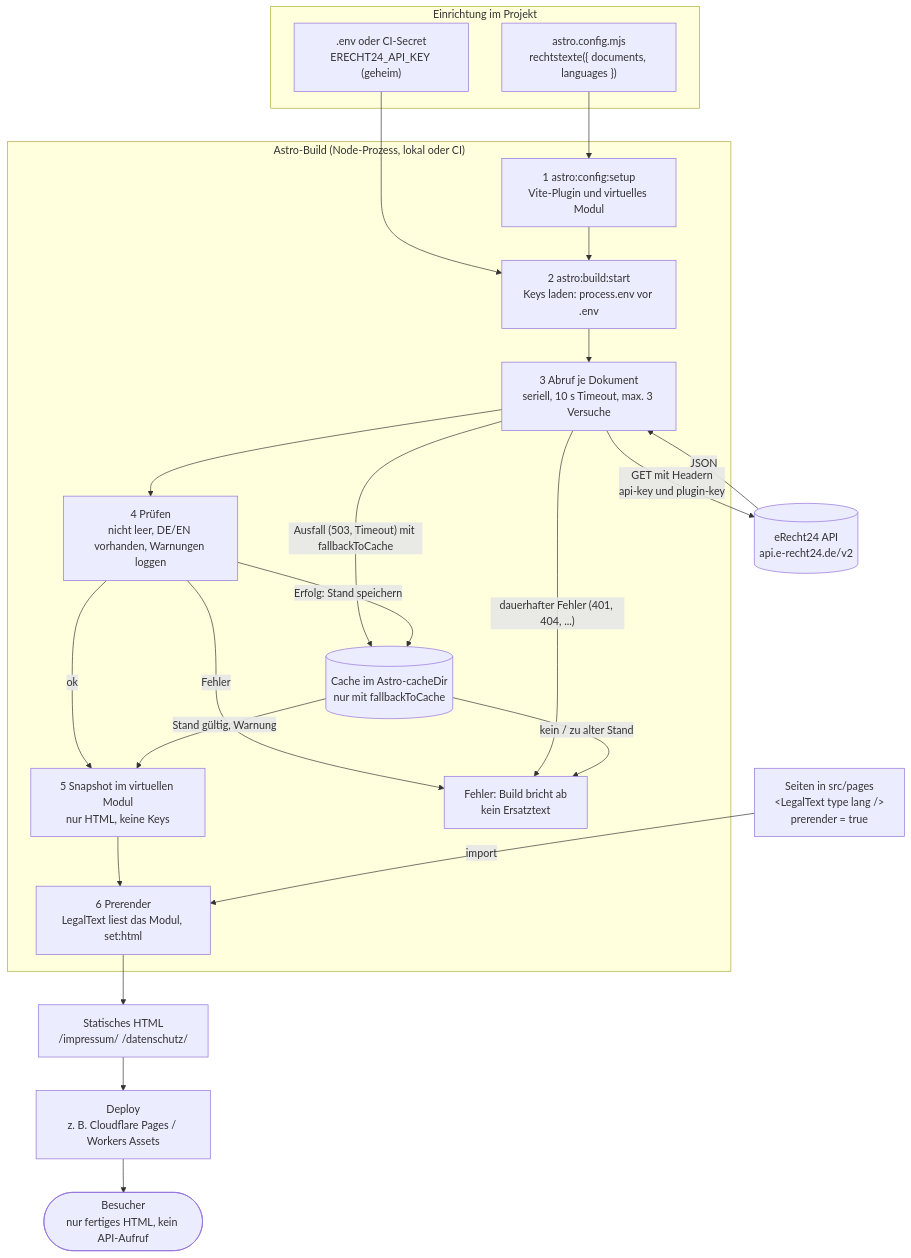
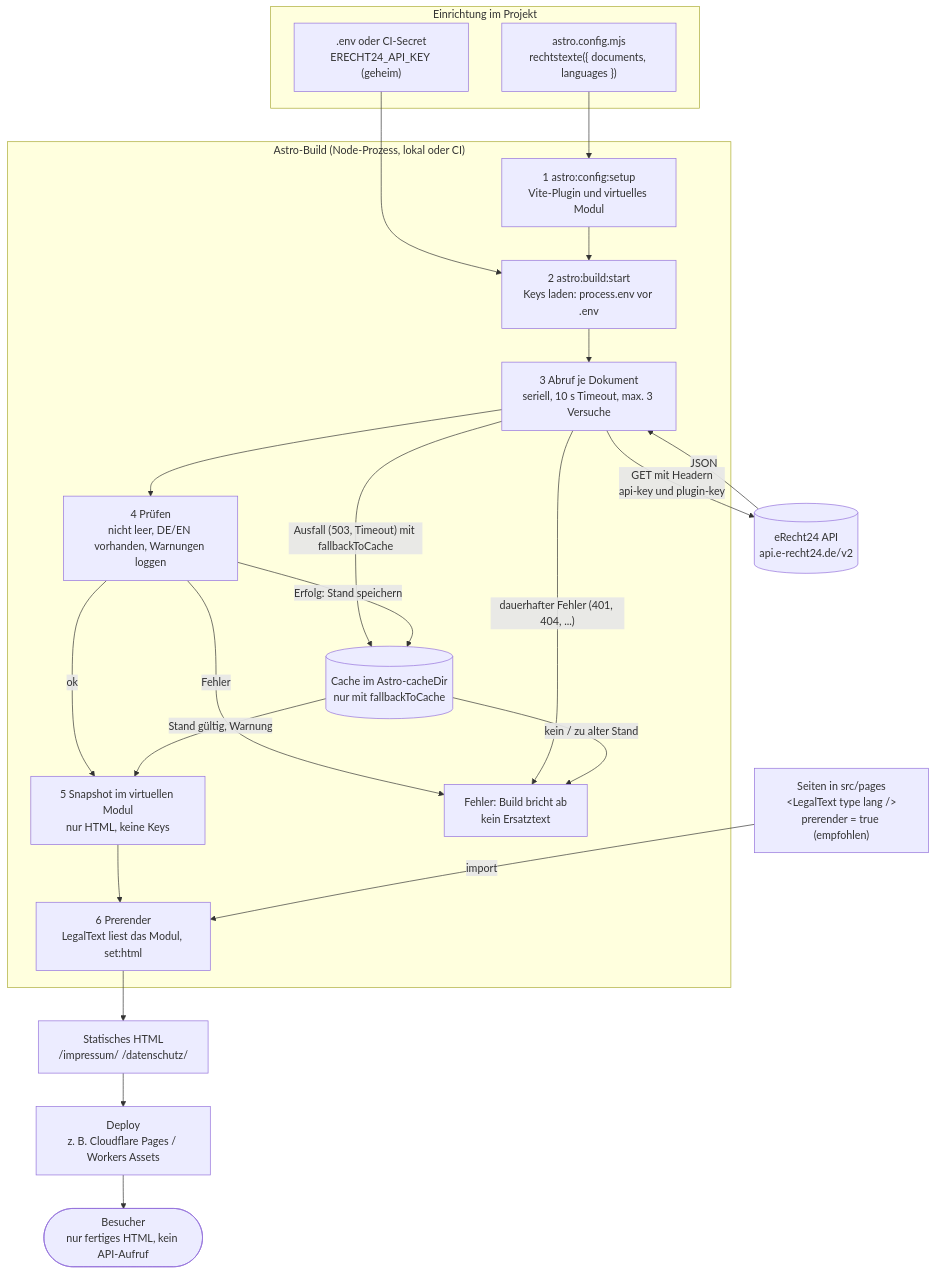
Before and after one commit to Flokani-Digital/erecht24-astro: the first of 2 diagrams in docs/ablauf.md, drawn with Mermaid. The commit also changed other lines of this file and 7 other files, not shown here.

````diff
--- a/docs/ablauf.md
+++ b/docs/ablauf.md
@@ -7,40 +9,40 @@
 ```mermaid
 flowchart TB
     subgraph setup["Einrichtung im Projekt"]
         cfg["astro.config.mjs<br/>rechtstexte({ documents, languages })"]
         env[".env oder CI-Secret<br/>ERECHT24_API_KEY (geheim)"]
     end
 
     subgraph build["Astro-Build (Node-Prozess, lokal oder CI)"]
         s1["1 astro:config:setup<br/>Vite-Plugin und virtuelles Modul"]
         s2["2 astro:build:start<br/>Keys laden: process.env vor .env"]
         s3["3 Abruf je Dokument<br/>seriell, 10 s Timeout, max. 3 Versuche"]
         s4["4 Prüfen<br/>nicht leer, DE/EN vorhanden, Warnungen loggen"]
         s5["5 Snapshot im virtuellen Modul<br/>nur HTML, keine Keys"]
         s6["6 Prerender<br/>LegalText liest das Modul, set:html"]
         fail["Fehler: Build bricht ab<br/>kein Ersatztext"]
         cache[("Cache im Astro-cacheDir<br/>nur mit fallbackToCache")]
     end
 
     api[("eRecht24 API<br/>api.e-recht24.de/v2")]
-    pages["Seiten in src/pages<br/>&lt;LegalText type lang /&gt;<br/>prerender = true"]
+    pages["Seiten in src/pages<br/>&lt;LegalText type lang /&gt;<br/>prerender = true (empfohlen)"]
     html["Statisches HTML<br/>/impressum/ /datenschutz/"]
     deploy["Deploy<br/>z. B. Cloudflare Pages / Workers Assets"]
     visitor(["Besucher<br/>nur fertiges HTML, kein API-Aufruf"])
 
     cfg --> s1
     env --> s2
     s1 --> s2 --> s3
     s3 -- "GET mit Headern<br/>api-key und plugin-key" --> api
     api -- JSON --> s3
     s3 --> s4
     s4 -- ok --> s5 --> s6
     s4 -- Fehler --> fail
     s3 -- "dauerhafter Fehler (401, 404, ...)" --> fail
     s3 -- "Ausfall (503, Timeout) mit fallbackToCache" --> cache
     cache -- "Stand gültig, Warnung" --> s5
     cache -- "kein / zu alter Stand" --> fail
     s4 -- "Erfolg: Stand speichern" --> cache
     pages -- import --> s6
     s6 --> html --> deploy --> visitor
 ```
````
